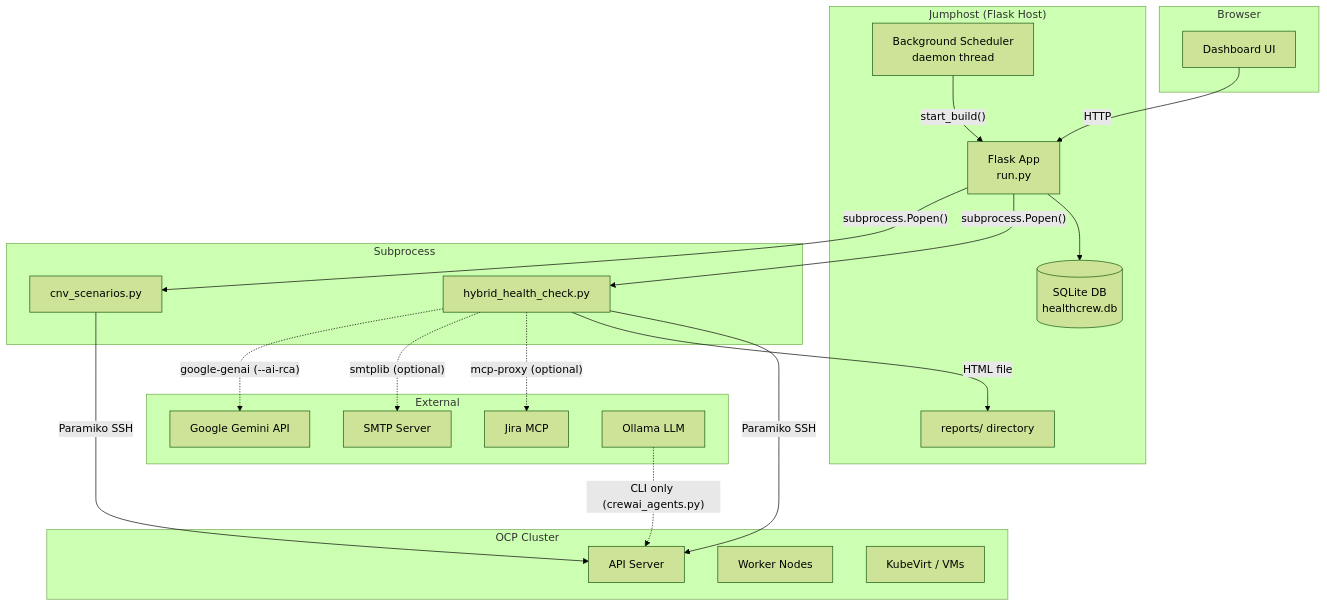
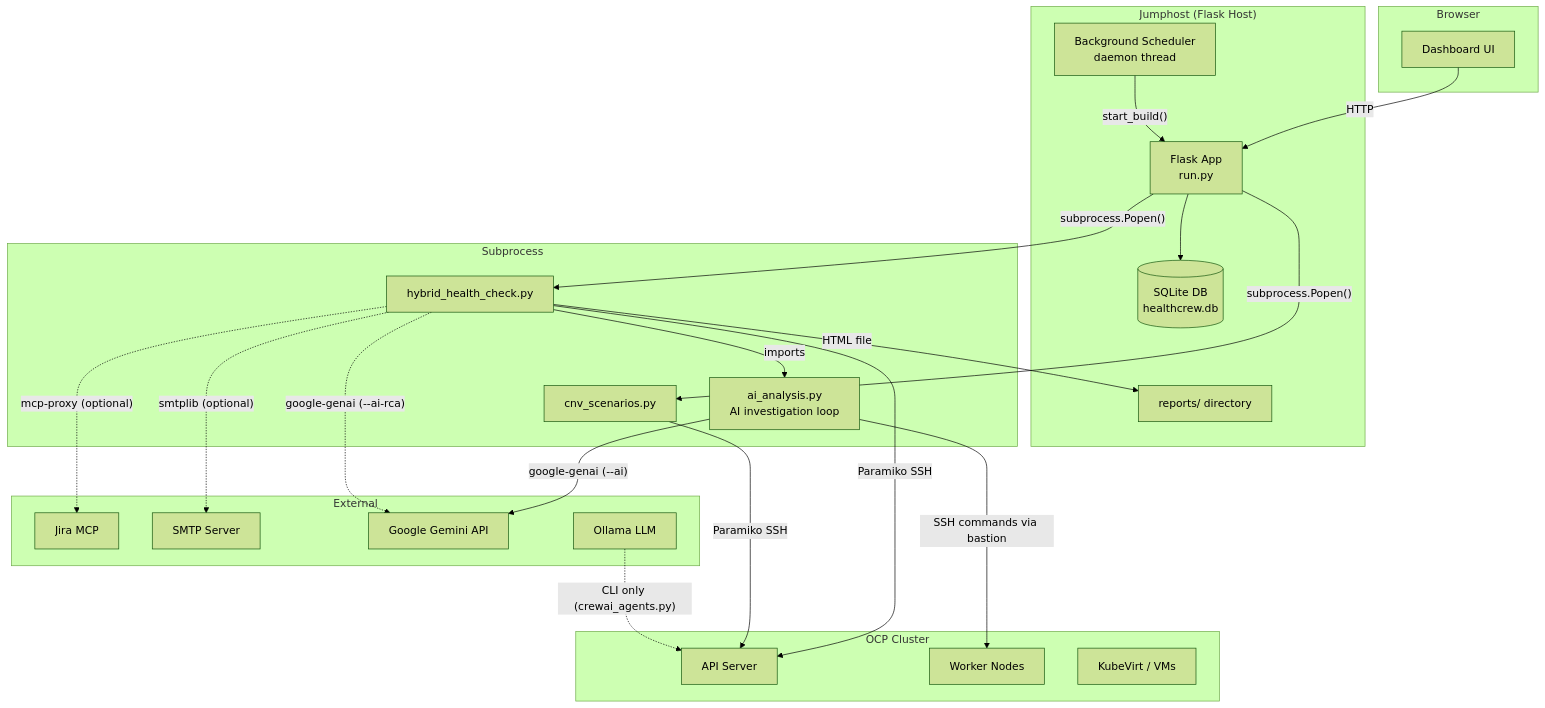
One commit to m0rdechai/ocp-health-crew changed the first of 9 diagrams in docs/ARCHITECTURE.md. Above: the diagram before and after it, drawn with Mermaid (forest theme). The commit also changed other lines of this file and 11 other files, not shown here.

First line of the commit message:
Upgrade AI investigation to Gemini Pro, deepen disk RCA with SSH drilldowns, update docs

````diff
--- a/docs/ARCHITECTURE.md
+++ b/docs/ARCHITECTURE.md
@@ -9,40 +9,44 @@
 ```mermaid
 graph TB
     subgraph browser [Browser]
         WebUI[Dashboard UI]
     end
     subgraph jumphost ["Jumphost (Flask Host)"]
         Flask[Flask App<br>run.py]
         SQLite[(SQLite DB<br>healthcrew.db)]
         Scheduler[Background Scheduler<br>daemon thread]
         Reports[reports/ directory]
     end
     subgraph subprocess [Subprocess]
         HybridHC[hybrid_health_check.py]
+        AIAnalysis[ai_analysis.py<br>AI investigation loop]
         CnvScenarios[cnv_scenarios.py]
     end
     subgraph cluster [OCP Cluster]
         APIServer[API Server]
         Workers[Worker Nodes]
         KubeVirt[KubeVirt / VMs]
     end
     subgraph external [External]
         Jira[Jira MCP]
         SMTP[SMTP Server]
         Gemini[Google Gemini API]
         Ollama[Ollama LLM]
     end
 
     WebUI -->|HTTP| Flask
     Flask --> SQLite
     Flask -->|"subprocess.Popen()"| HybridHC
     Flask -->|"subprocess.Popen()"| CnvScenarios
     Scheduler -->|"start_build()"| Flask
     HybridHC -->|"Paramiko SSH"| APIServer
+    HybridHC -->|imports| AIAnalysis
+    AIAnalysis -->|"SSH commands via bastion"| Workers
     CnvScenarios -->|"Paramiko SSH"| APIServer
     HybridHC -->|HTML file| Reports
     HybridHC -.->|"mcp-proxy (optional)"| Jira
     HybridHC -.->|"smtplib (optional)"| SMTP
+    AIAnalysis -->|"google-genai (--ai)"| Gemini
     HybridHC -.->|"google-genai (--ai-rca)"| Gemini
     Ollama -.->|"CLI only (crewai_agents.py)"| APIServer
 ```
````
